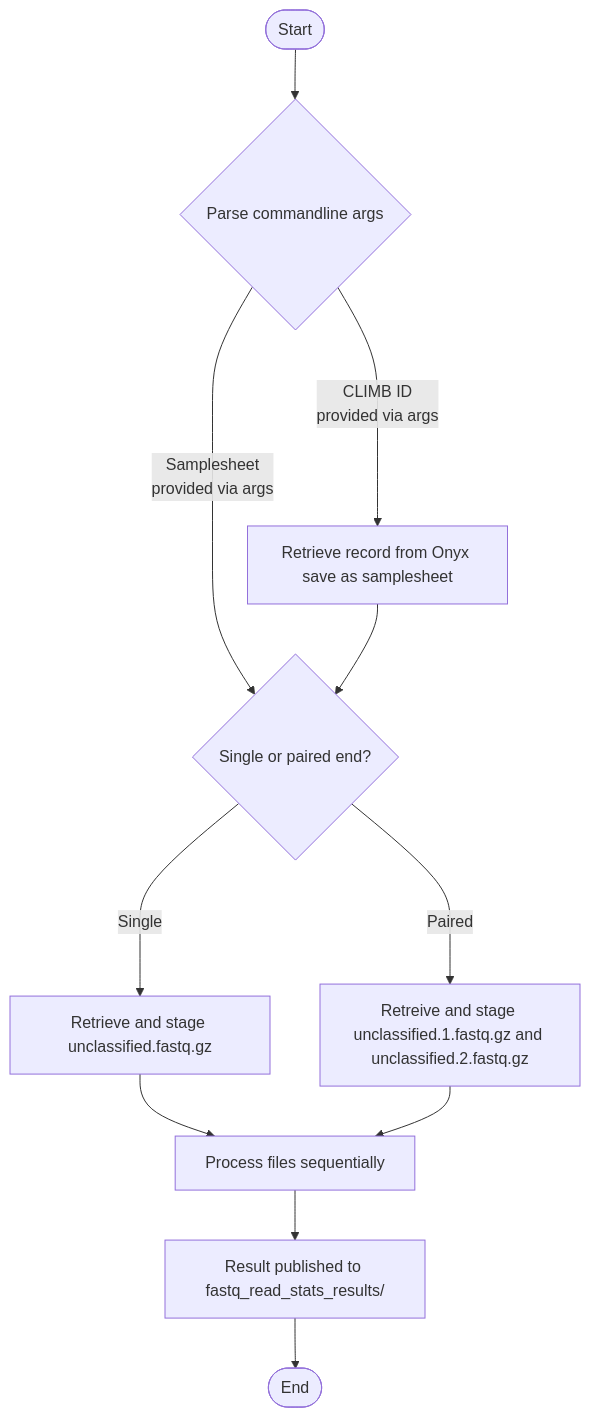
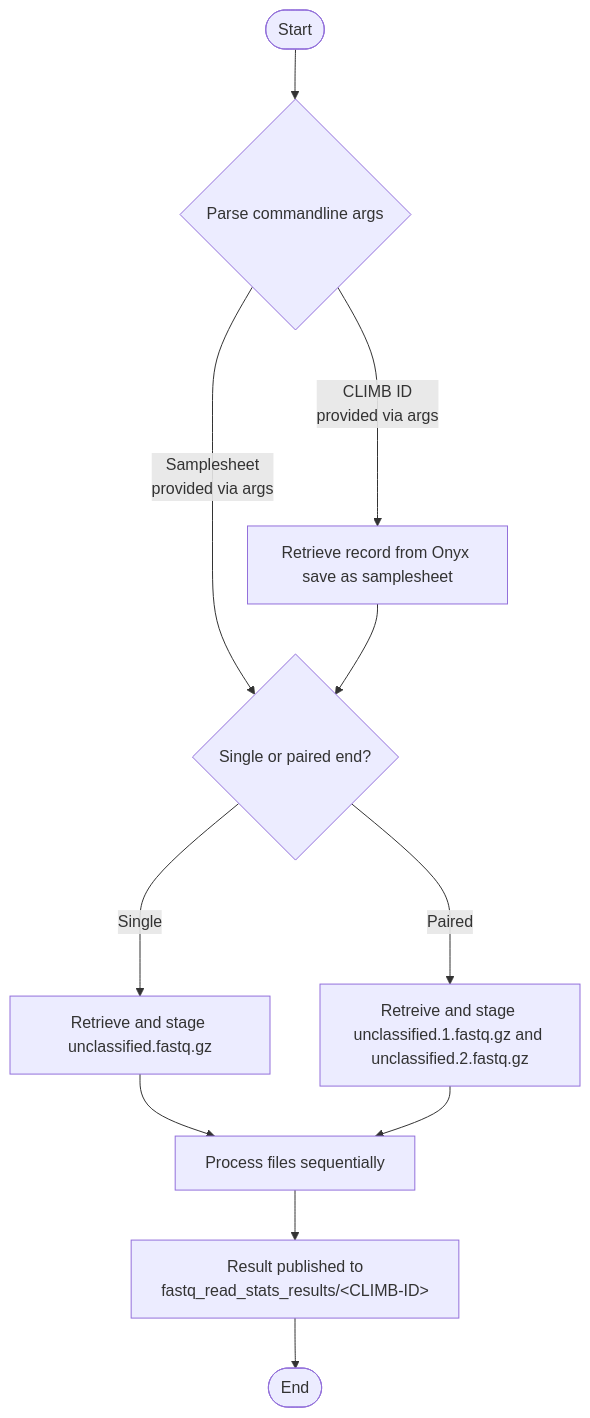
One commit to ukhsa-collaboration/gpha-mscape-fastq-read-stats-nf changed the diagram in README.md. Above: the diagram before and after it, drawn with Mermaid.

Commit message:
use HTML entities in README

````diff
--- a/README.md
+++ b/README.md
@@ -27,22 +27,22 @@
 ```mermaid
 graph TD
 
 graphStart(["Start"])
 userInput{"Parse commandline args"}
 onyxQuery["Retrieve record from Onyx save as samplesheet"]
 endiannessDecision{"Single or paired end?"}
 preprocessingOption1["Retrieve and stage unclassified.fastq.gz"]
 preprocessingOption2["Retreive and stage unclassified.1.fastq.gz and unclassified.2.fastq.gz"]
 processing["Process files sequentially"]
-output["Result published to fastq_read_stats_results/<CLIMB-ID>"]
+output["Result published to<br>fastq_read_stats_results/&lt;CLIMB‑ID&gt;"]
 graphEnd(["End"])
 
 graphStart --> userInput
 userInput -- CLIMB ID<br>provided via args ---> onyxQuery 
 userInput -- "Samplesheet<br>provided via args" ---> endiannessDecision 
 onyxQuery --> endiannessDecision
 endiannessDecision -- Single ---> preprocessingOption1
 endiannessDecision -- Paired ---> preprocessingOption2
 preprocessingOption1 & preprocessingOption2 --> processing
 processing --> output --> graphEnd
 ```
````
